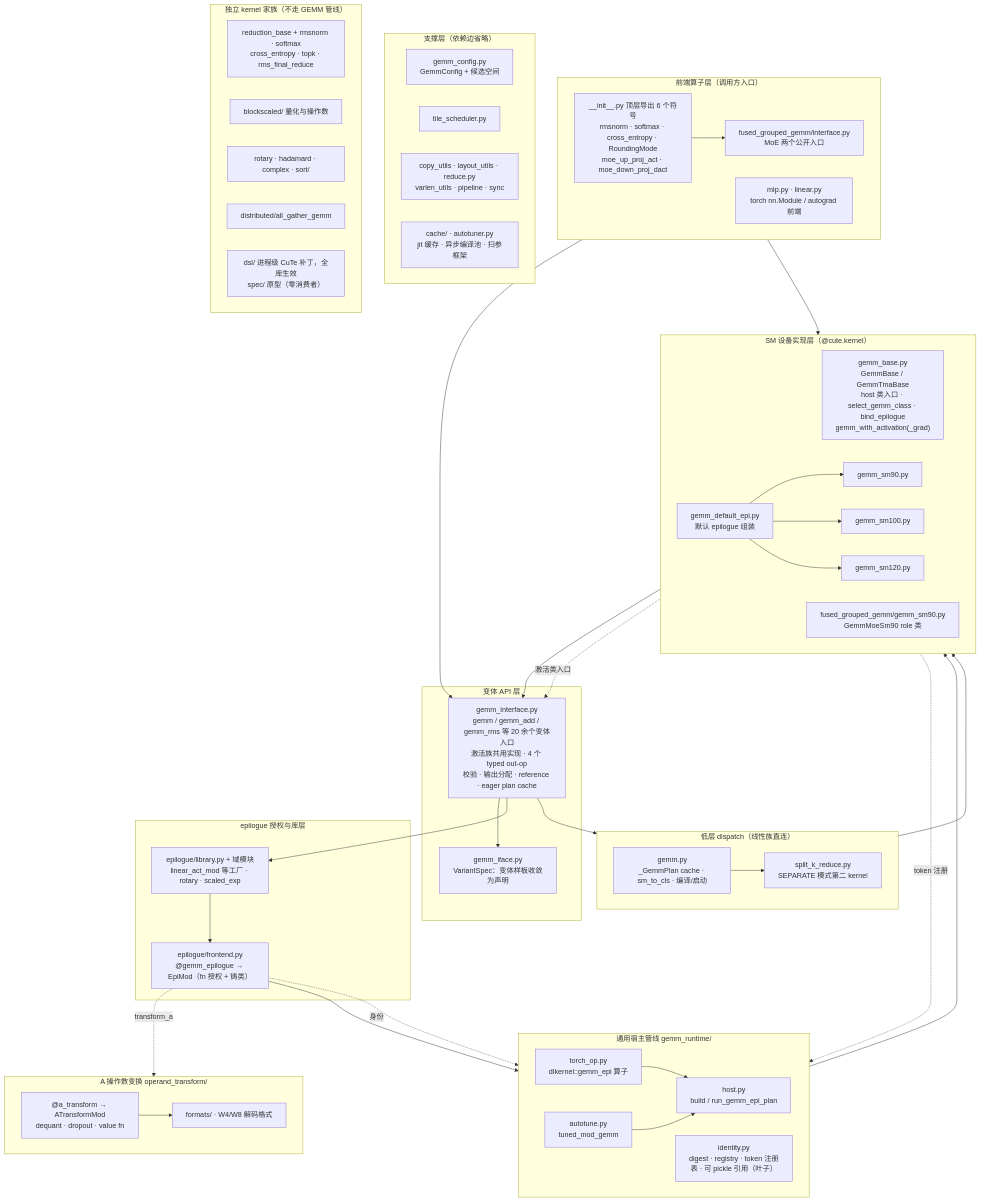
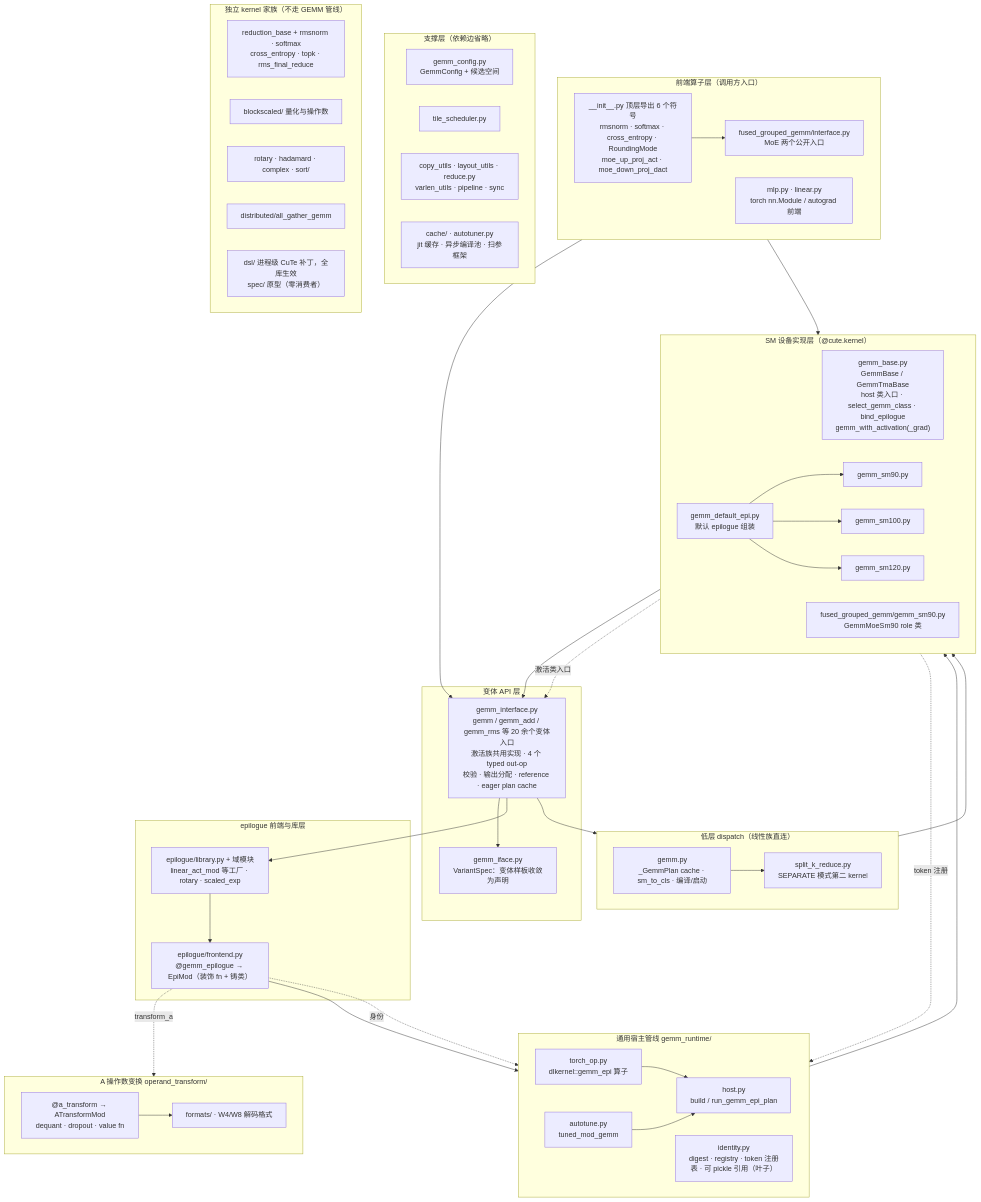
The first of 6 diagrams in docs/architecture.md (Truth-Ke/DLKernel), drawn with Mermaid before and after one commit. The commit also changed other lines of this file and 17 other files, not shown here.

```diff
--- a/docs/architecture.md
+++ b/docs/architecture.md
@@ -36,9 +36,9 @@
         GIF["gemm_iface.py<br/>VariantSpec：变体样板收敛为声明"]
     end
 
-    subgraph EPL["epilogue 授权与库层"]
+    subgraph EPL["epilogue 前端与库层"]
         LIB["epilogue/library.py + 域模块<br/>linear_act_mod 等工厂 · rotary · scaled_exp"]
-        EF["epilogue/frontend.py<br/>@gemm_epilogue → EpiMod（fn 授权 + 铸类）"]
+        EF["epilogue/frontend.py<br/>@gemm_epilogue → EpiMod（装饰 fn + 铸类）"]
     end
 
     subgraph RT["通用宿主管线 gemm_runtime/"]
```
